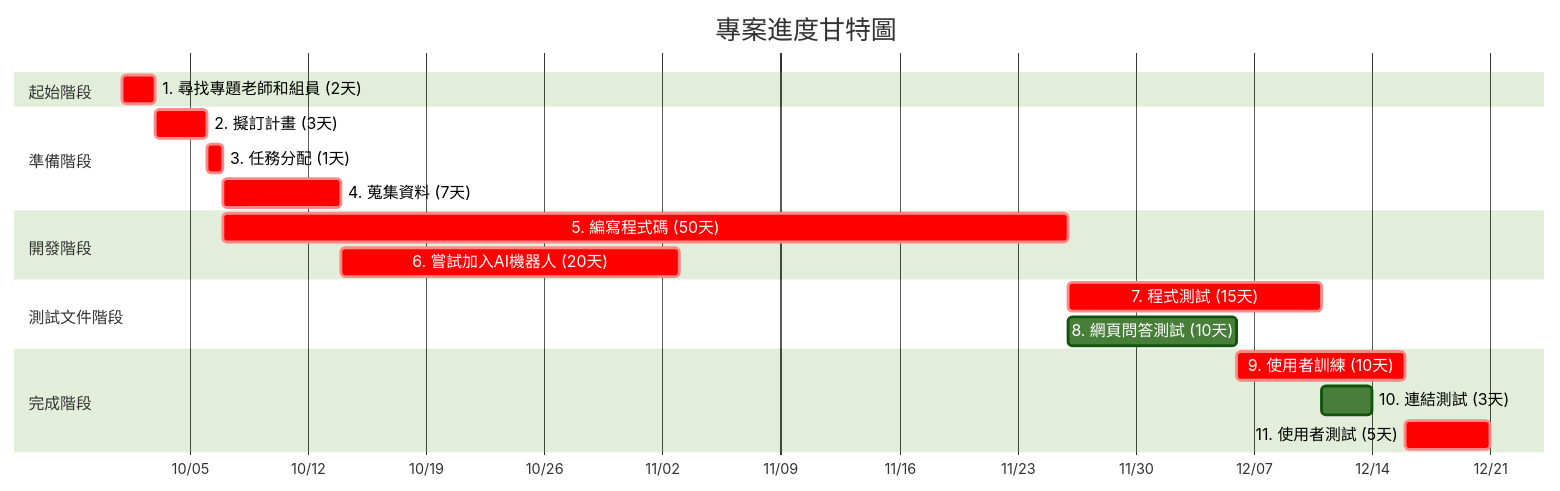
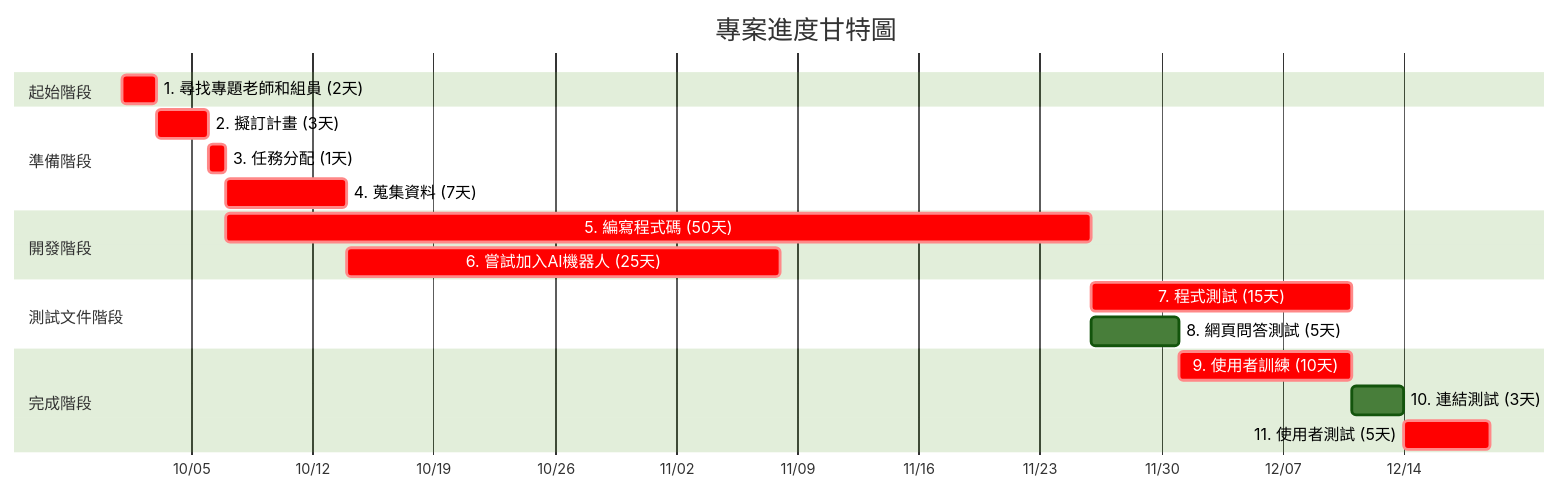
Before and after one commit to c112118202-droid/-: the second of 2 diagrams in hw2.md, drawn with Mermaid (forest theme). The commit also changed other lines of this file, not shown here.

````diff
--- a/hw2.md
+++ b/hw2.md
@@ -29,27 +29,27 @@
 ```mermaid
 gantt
     title 專案進度甘特圖
     dateFormat YYYY-MM-DD
     axisFormat %m/%d
     
     section 起始階段
     1. 尋找專題老師和組員 (2天)     :crit, m1, 2025-10-01, 2d
     
     section 準備階段
     2. 擬訂計畫 (3天)     :crit, m2, after m1, 3d
     3. 任務分配 (1天)    :crit, m3, after m2, 1d
     4. 蒐集資料 (7天)    :crit, m4, after m3, 7d
 
     section 開發階段
     5. 編寫程式碼 (50天)    :crit, m5, after m3, 50d
-    6. 嘗試加入AI機器人 (20天)    :crit, m6, after m4, 20d
+    6. 嘗試加入AI機器人 (25天)    :crit, m6, after m4, 25d
     
     section 測試文件階段
     7. 程式測試 (15天)    :crit,m7, after m5, 15d
-    8. 網頁問答測試 (10天)  :m8, after m5, 10d
+    8. 網頁問答測試 (5天)  :m8, after m5, 5d
         
     section 完成階段
     9. 使用者訓練 (10天)    :crit, m9, after m8, 10d
     10. 連結測試 (3天)  :m10, after m7 m8, 3d
     11. 使用者測試 (5天)  :crit, m11, after m9 m10, 5d
 ```
````
